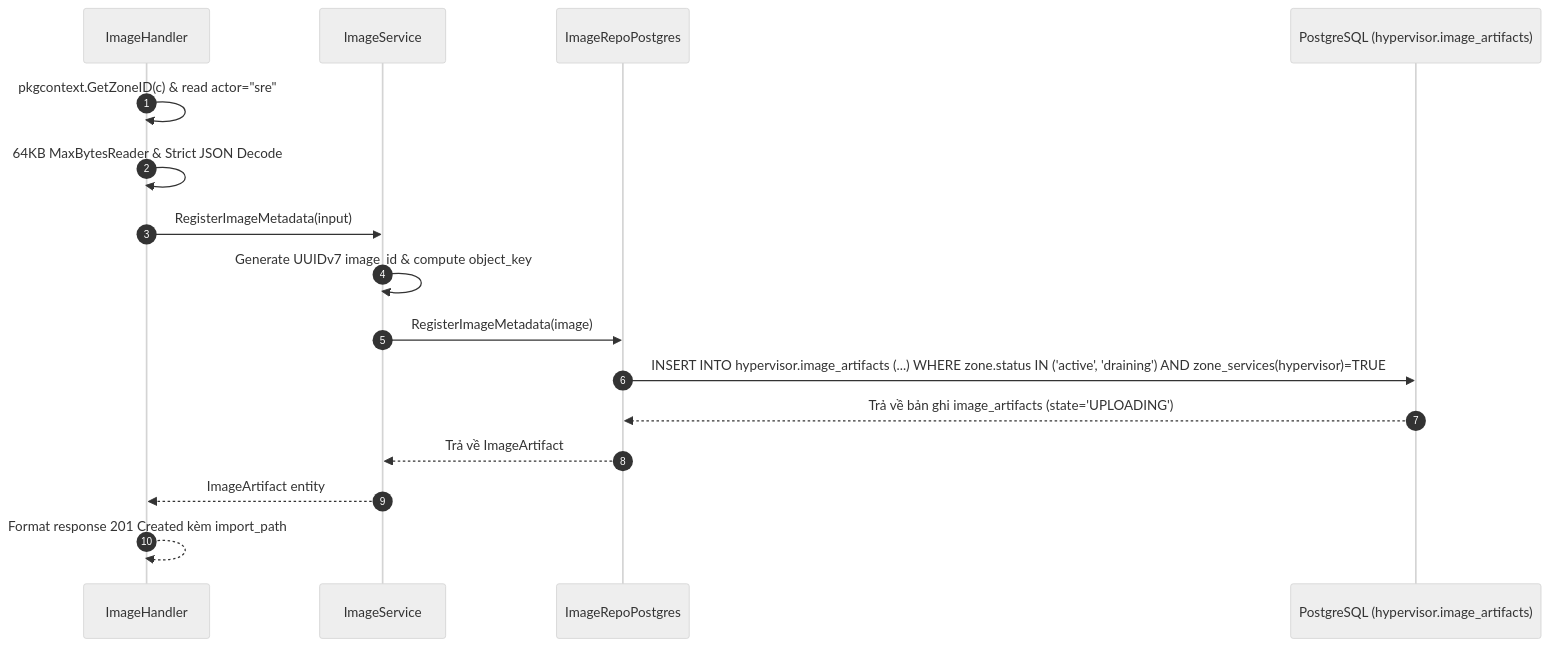
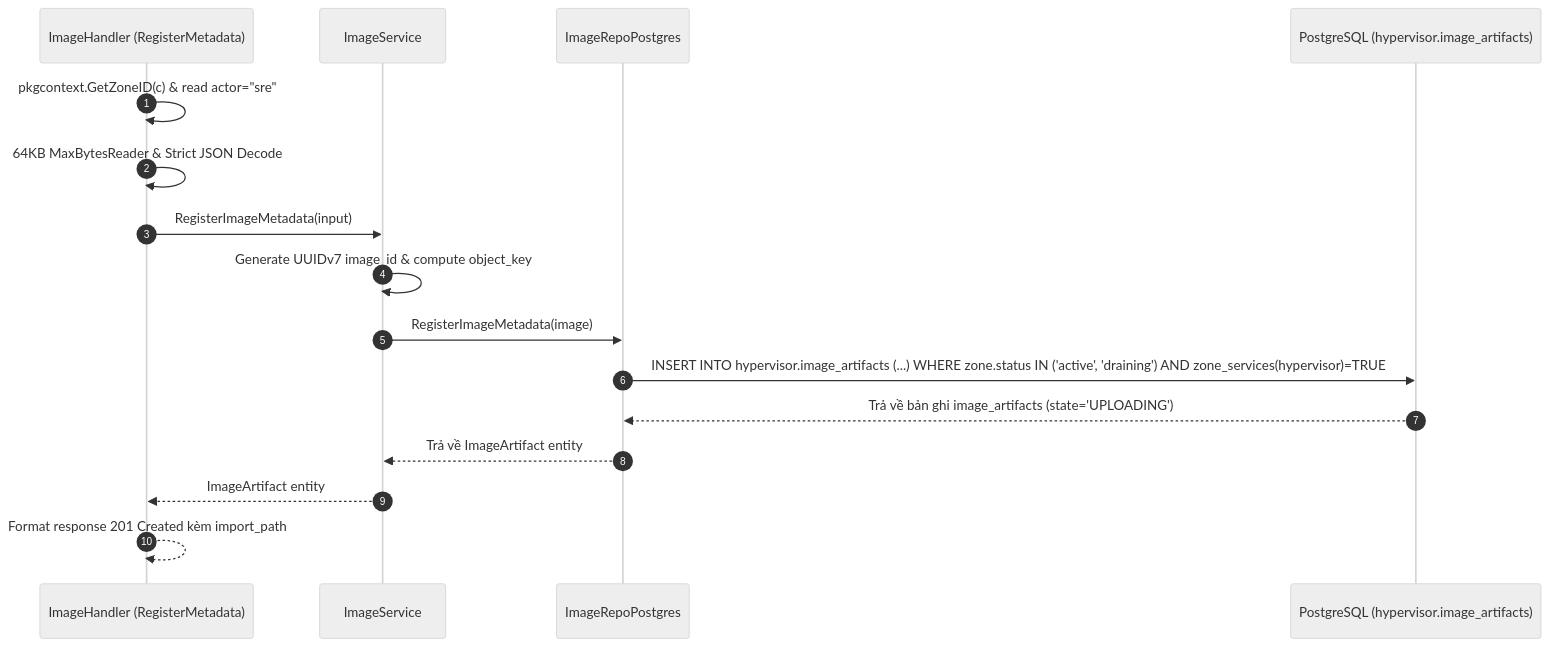
The second of 6 diagrams in god_view/hypervisor/hypervisor_image_registry_god_view.md (phucle996/aurora), drawn with Mermaid (neutral theme) before and after one commit. The commit also changed other lines of this file, not shown here.

Commit message:
docs(hypervisor): isolate god view exclusively to sre hypervisor image upload and provisioning workflow

````diff
--- a/god_view/hypervisor/hypervisor_image_registry_god_view.md
+++ b/god_view/hypervisor/hypervisor_image_registry_god_view.md
@@ -132,19 +124,19 @@
 ```mermaid
 sequenceDiagram
     autonumber
-    participant H as ImageHandler
+    participant H as ImageHandler (RegisterMetadata)
     participant S as ImageService
     participant R as ImageRepoPostgres
     participant PG as PostgreSQL (hypervisor.image_artifacts)
 
     H->>H: pkgcontext.GetZoneID(c) & read actor="sre"
     H->>H: 64KB MaxBytesReader & Strict JSON Decode
     H->>S: RegisterImageMetadata(input)
     S->>S: Generate UUIDv7 image_id & compute object_key
     S->>R: RegisterImageMetadata(image)
     R->>PG: INSERT INTO hypervisor.image_artifacts (...) WHERE zone.status IN ('active', 'draining') AND zone_services(hypervisor)=TRUE
     PG-->>R: Trả về bản ghi image_artifacts (state='UPLOADING')
-    R-->>S: Trả về ImageArtifact
+    R-->>S: Trả về ImageArtifact entity
     S-->>H: ImageArtifact entity
     H-->>H: Format response 201 Created kèm import_path
 ```
````
